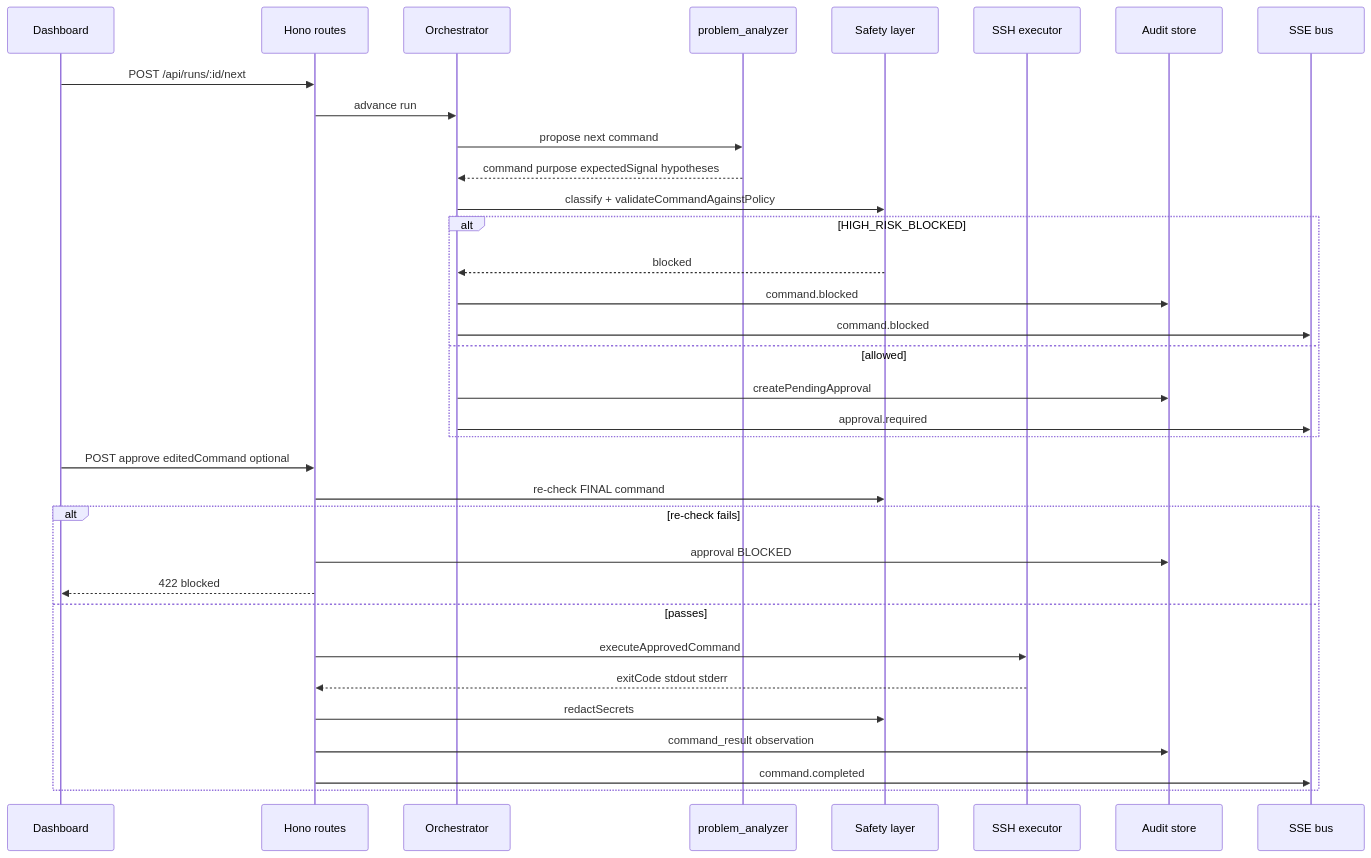
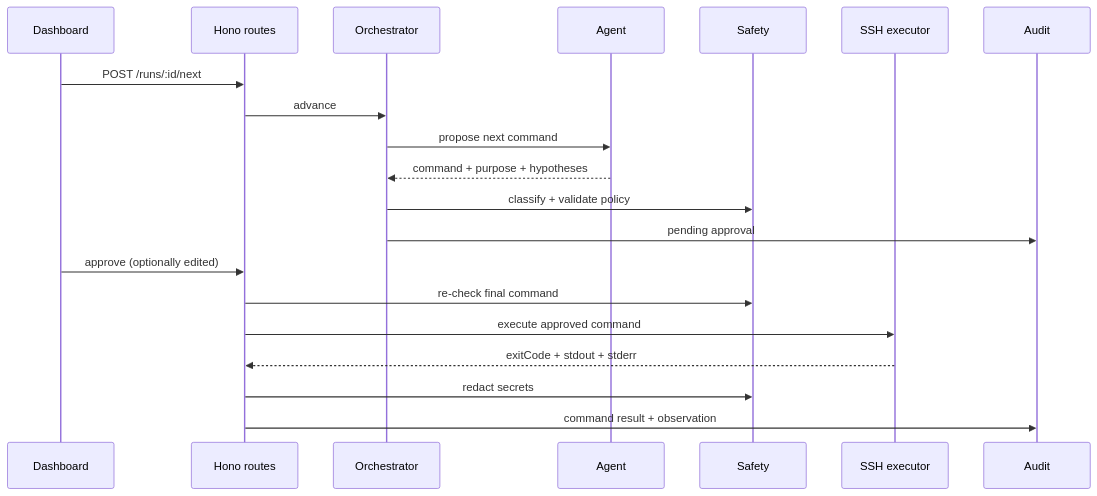
Before and after one commit to fathyshalaby/techbold_track_template: the second of 2 diagrams in README.md, drawn with Mermaid. The commit also changed other lines of this file and 4 other files, not shown here.

````diff
--- a/README.md
+++ b/README.md
@@ -161,37 +100,23 @@
 ```mermaid
 sequenceDiagram
   participant UI as Dashboard
   participant API as Hono routes
   participant ORC as Orchestrator
-  participant AI as problem_analyzer
-  participant SAF as Safety layer
+  participant AI as Agent
+  participant SAF as Safety
   participant SSH as SSH executor
-  participant AUD as Audit store
-  participant BUS as SSE bus
+  participant AUD as Audit
 
-  UI->>API: POST /api/runs/:id/next
-  API->>ORC: advance run
+  UI->>API: POST /runs/:id/next
+  API->>ORC: advance
   ORC->>AI: propose next command
-  AI-->>ORC: command purpose expectedSignal hypotheses
-  ORC->>SAF: classify + validateCommandAgainstPolicy
-  alt HIGH_RISK_BLOCKED
-    SAF-->>ORC: blocked
-    ORC->>AUD: command.blocked
-    ORC->>BUS: command.blocked
-  else allowed
-    ORC->>AUD: createPendingApproval
-    ORC->>BUS: approval.required
-  end
-  UI->>API: POST approve editedCommand optional
-  API->>SAF: re-check FINAL command
-  alt re-check fails
-    API->>AUD: approval BLOCKED
-    API-->>UI: 422 blocked
-  else passes
-    API->>SSH: executeApprovedCommand
-    SSH-->>API: exitCode stdout stderr
-    API->>SAF: redactSecrets
-    API->>AUD: command_result observation
-    API->>BUS: command.completed
-  end
+  AI-->>ORC: command + purpose + hypotheses
+  ORC->>SAF: classify + validate policy
+  ORC->>AUD: pending approval
+  UI->>API: approve (optionally edited)
+  API->>SAF: re-check final command
+  API->>SSH: execute approved command
+  SSH-->>API: exitCode + stdout + stderr
+  API->>SAF: redact secrets
+  API->>AUD: command result + observation
 ```
````
